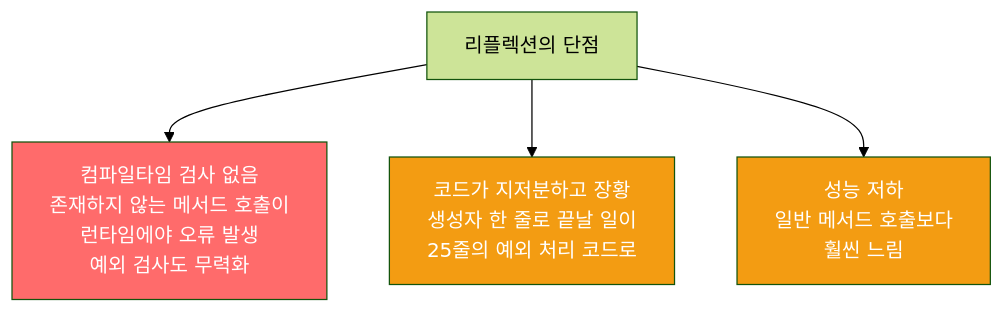
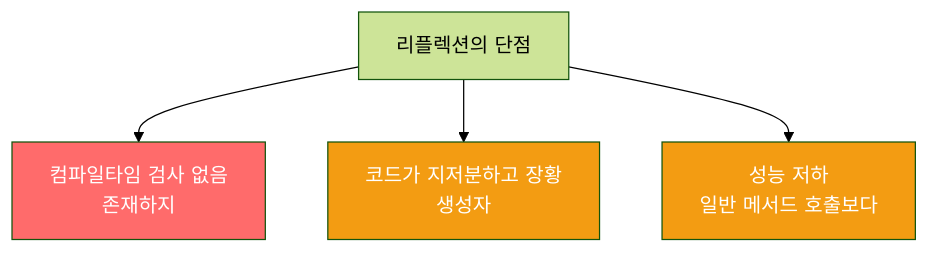
Before and after one commit to yjkim2015/yjkim2015.github.io: the diagram in _posts/java/2022-02-13-effective-java65.md, drawn with Mermaid (forest theme). The commit also changed 271 other files, not shown here.

First line of the commit message:
Mermaid 라벨 축소: 긴 노드 텍스트 18자 이하로 트림 + \n 제거

````diff
--- a/_posts/java/2022-02-13-effective-java65.md
+++ b/_posts/java/2022-02-13-effective-java65.md
@@ -44,9 +44,9 @@
 ```mermaid
 graph TD
-    A["리플렉션의 단점"] --> B["컴파일타임 검사 없음\n존재하지 않는 메서드 호출이\n런타임에야 오류 발생\n예외 검사도 무력화"]
-    A --> C["코드가 지저분하고 장황\n생성자 한 줄로 끝날 일이\n25줄의 예외 처리 코드로"]
-    A --> D["성능 저하\n일반 메서드 호출보다\n훨씬 느림"]
+    A["리플렉션의 단점"] --> B["컴파일타임 검사 없음\n존재하지"]
+    A --> C["코드가 지저분하고 장황\n생성자"]
+    A --> D["성능 저하\n일반 메서드 호출보다"]
     style B fill:#ff6b6b,color:#fff
     style C fill:#f39c12,color:#fff
     style D fill:#f39c12,color:#fff
 ```
````
